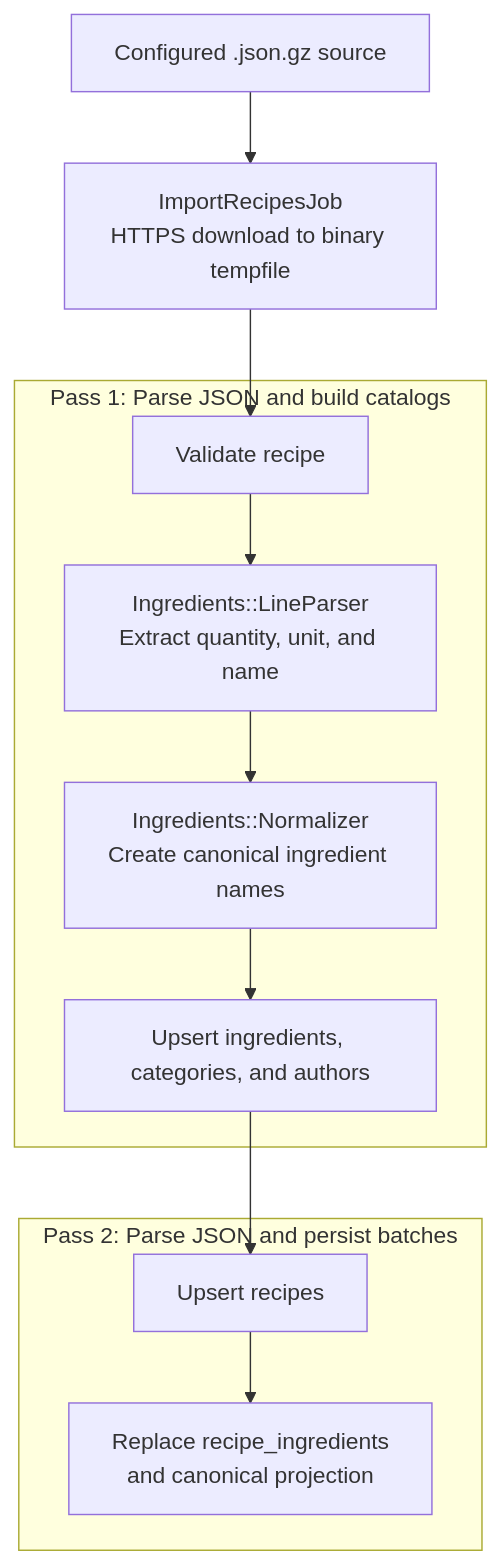
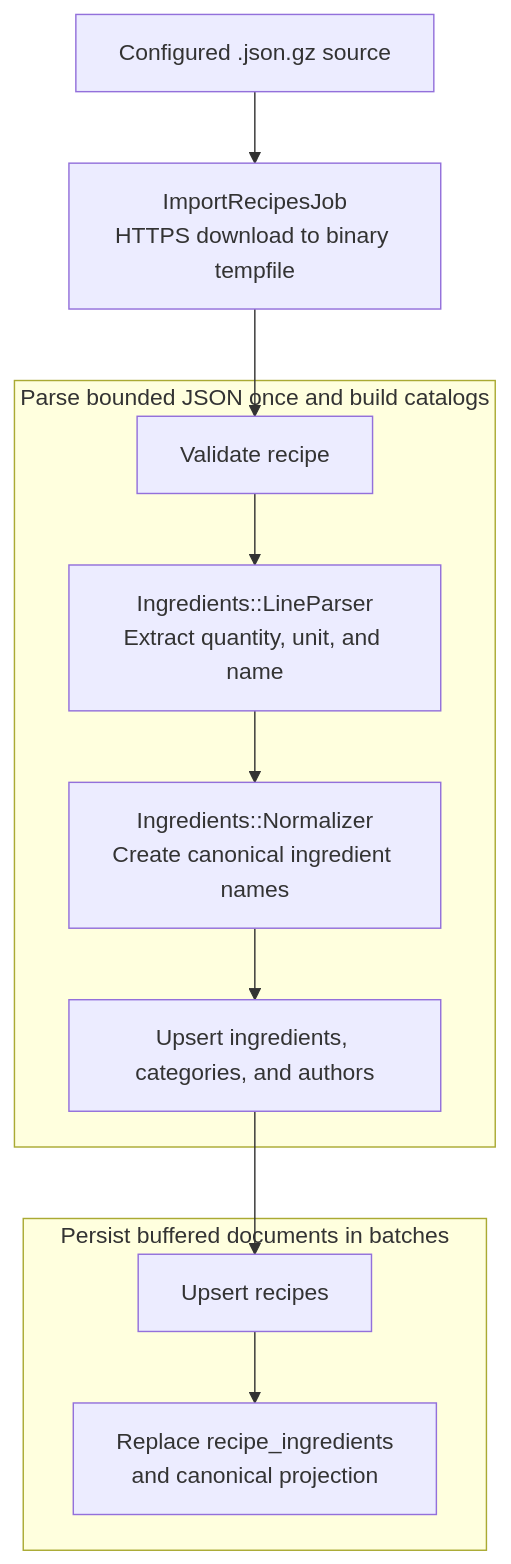
The fourth of 6 diagrams in backend/README.md (girls-incode/meal-planner), drawn with Mermaid before and after one commit. The commit also changed other lines of this file and 28 other files, not shown here.

````diff
--- a/backend/README.md
+++ b/backend/README.md
@@ -362,22 +362,22 @@
 ```mermaid
 flowchart TD
   S["Configured .json.gz source"]
   D["ImportRecipesJob\nHTTPS download to binary tempfile"]
 
-  subgraph PASS1["Pass 1: Parse JSON and build catalogs"]
+  subgraph PASS1["Parse bounded JSON once and build catalogs"]
     V[Validate recipe]
     L["Ingredients::LineParser\nExtract quantity, unit, and name"]
     N["Ingredients::Normalizer\nCreate canonical ingredient names"]
     U["Upsert ingredients, categories, and authors"]
     V --> L --> N --> U
   end
 
-  subgraph PASS2["Pass 2: Parse JSON and persist batches"]
+  subgraph PASS2["Persist buffered documents in batches"]
     R["Upsert recipes"]
     RI["Replace recipe_ingredients\nand canonical projection"]
     R --> RI
   end
 
   S --> D --> V
   U --> R
 ```
````
